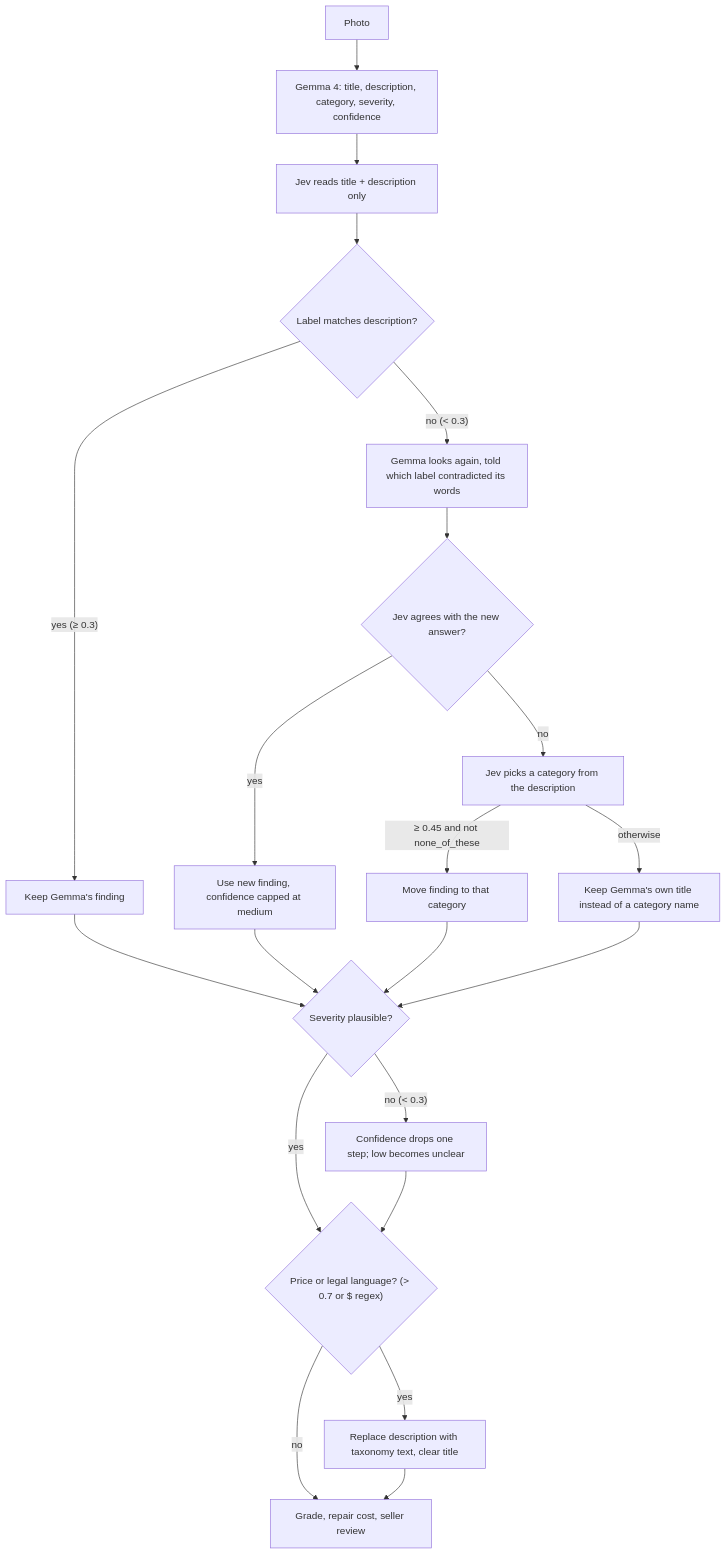
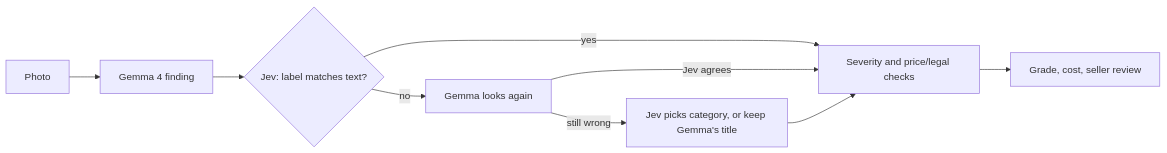
One commit to ben-robles/disclosure changed the diagram in README.md. Above: the diagram before and after it, drawn with Mermaid.

Commit message:
README: shorten the Gemma-to-Jev flowchart

````diff
--- a/README.md
+++ b/README.md
@@ -45,20 +45,11 @@
 ```mermaid
-flowchart TD
-  Photo["Photo"] --> Gemma["Gemma 4: title, description, category, severity, confidence"]
-  Gemma --> Jev["Jev reads title + description only"]
-  Jev --> Match{"Label matches description?"}
-  Match -- "yes (≥ 0.3)" --> Keep["Keep Gemma's finding"]
-  Match -- "no (< 0.3)" --> Look["Gemma looks again, told which label contradicted its words"]
-  Look --> Agree{"Jev agrees with the new answer?"}
-  Agree -- yes --> Capped["Use new finding, confidence capped at medium"]
-  Agree -- no --> Pick["Jev picks a category from the description"]
-  Pick -- "≥ 0.45 and not none_of_these" --> Moved["Move finding to that category"]
-  Pick -- otherwise --> Title["Keep Gemma's own title instead of a category name"]
-  Keep & Capped & Moved & Title --> Sev{"Severity plausible?"}
-  Sev -- "no (< 0.3)" --> Demote["Confidence drops one step; low becomes unclear"]
-  Sev -- yes --> Guard
-  Demote --> Guard{"Price or legal language? (> 0.7 or $ regex)"}
-  Guard -- yes --> Neutral["Replace description with taxonomy text, clear title"]
-  Guard -- no --> Review["Grade, repair cost, seller review"]
-  Neutral --> Review
+flowchart LR
+  Photo["Photo"] --> Gemma["Gemma 4 finding"]
+  Gemma --> Jev{"Jev: label matches text?"}
+  Jev -- yes --> Checks["Severity and price/legal checks"]
+  Jev -- no --> Look["Gemma looks again"]
+  Look -- "Jev agrees" --> Checks
+  Look -- "still wrong" --> Pick["Jev picks category, or keep Gemma's title"]
+  Pick --> Checks
+  Checks --> Review["Grade, cost, seller review"]
 ```
````
